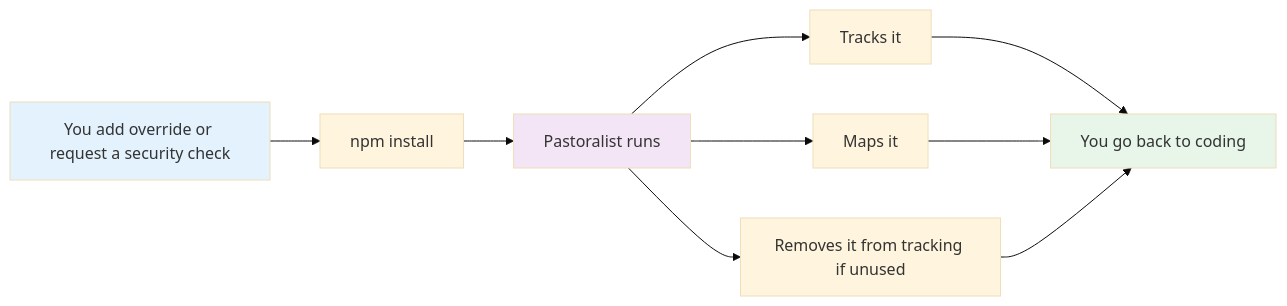
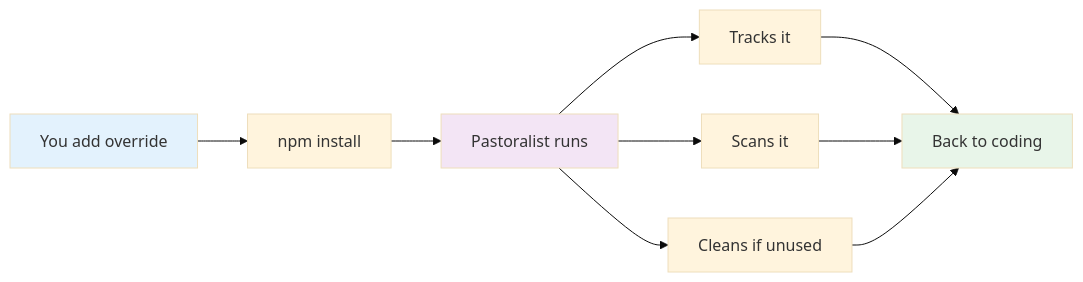
The sixth of 6 diagrams in README.md (yowainwright/pastoralist), drawn with Mermaid (base theme) before and after one commit. The commit also changed other lines of this file, not shown here.

Commit message:
chore: updates mermaid

````diff
--- a/README.md
+++ b/README.md
@@ -285,15 +285,15 @@
 ```mermaid
 flowchart LR
-    You[You add override or request a security check] --> Install[npm install]
+    You[You add override] --> Install[npm install]
     Install --> Pastor[Pastoralist runs]
     Pastor --> Track[Tracks it]
-    Pastor --> Scan[Maps it]
-    Pastor --> Clean[Removes it from tracking if unused]
-    Track --> Chill[You go back to coding]
+    Pastor --> Scan[Scans it]
+    Pastor --> Clean[Cleans if unused]
+    Track --> Chill[Back to coding]
     Scan --> Chill
     Clean --> Chill
 
     style You fill:#e3f2fd
     style Pastor fill:#f3e5f5
     style Chill fill:#e8f5e9
 ```
````
